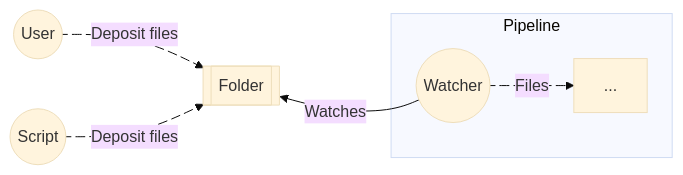
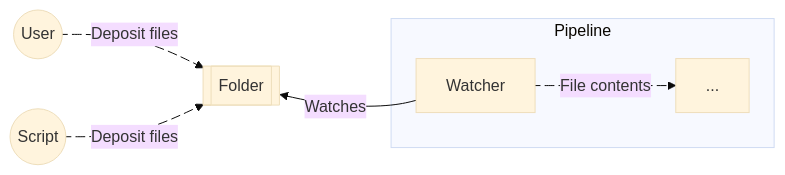
One commit to maxime-filippini/pipedreams changed the second of 3 diagrams in posts/2025/06-27-building-a-document-factory.md. Above: the diagram before and after it, drawn with Mermaid (base theme). The commit also changed other lines of this file and 2 other files, not shown here.

````diff
--- a/posts/2025/06-27-building-a-document-factory.md
+++ b/posts/2025/06-27-building-a-document-factory.md
@@ -507,22 +504,22 @@
 ```mermaid
 
 flowchart LR
   U((User))
   S((Script))
   F[[Folder]]
 
   subgraph Pipeline
-  W((Watcher))
+  W[Watcher]
   P["..."]
   end
 
   U e1@-->|Deposit files| F
   S e2@-->|Deposit files| F
   W -->|Watches| F
   F ~~~ W
-  W e3@-->|Files| P
+  W e3@-->|File contents| P
 
   e1@{animate: true}
   e2@{animate: true}
   e3@{animate: true}
 ```
````
